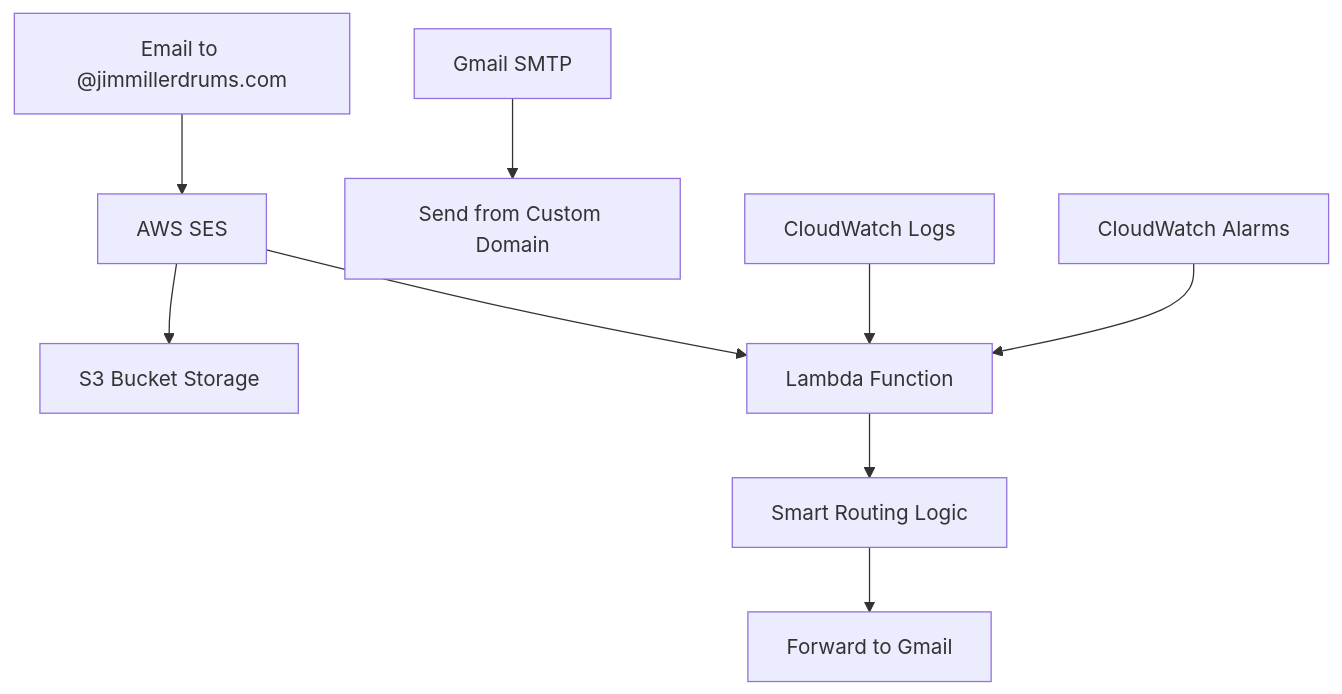
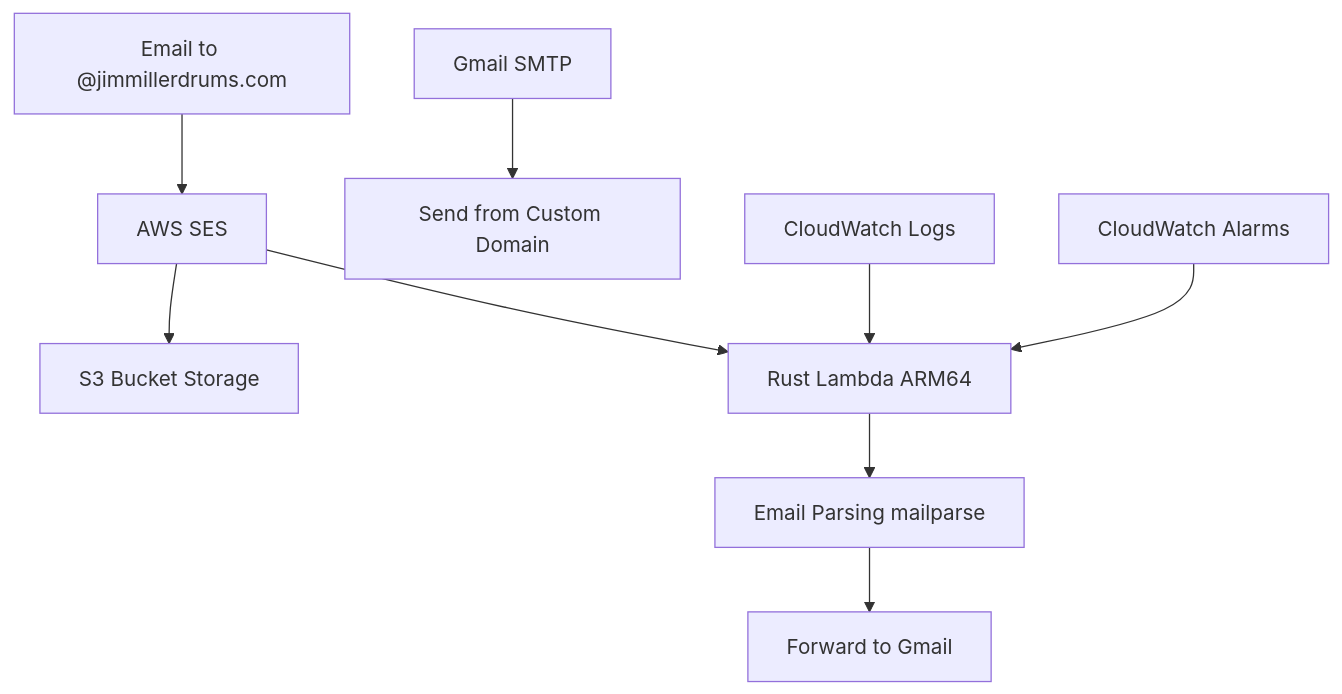
Before and after one commit to jim-miller/jimmillerdrums-email: the diagram in README.md, drawn with Mermaid. The commit also changed other lines of this file and 42 other files, not shown here.

First line of the commit message:
feat(email-lambda): migrate runtime to Rust on ARM64

````diff
--- a/README.md
+++ b/README.md
@@ -7,12 +8,12 @@
 ```mermaid
 graph TD
     A[Email to @jimmillerdrums.com] --> B[AWS SES]
     B --> C[S3 Bucket Storage]
-    B --> D[Lambda Function]
-    D --> E[Smart Routing Logic]
+    B --> D[Rust Lambda ARM64]
+    D --> E[Email Parsing mailparse]
     E --> F[Forward to Gmail]
     G[Gmail SMTP] --> H[Send from Custom Domain]
-    
+
     I[CloudWatch Logs] --> D
     J[CloudWatch Alarms] --> D
 ```
````
